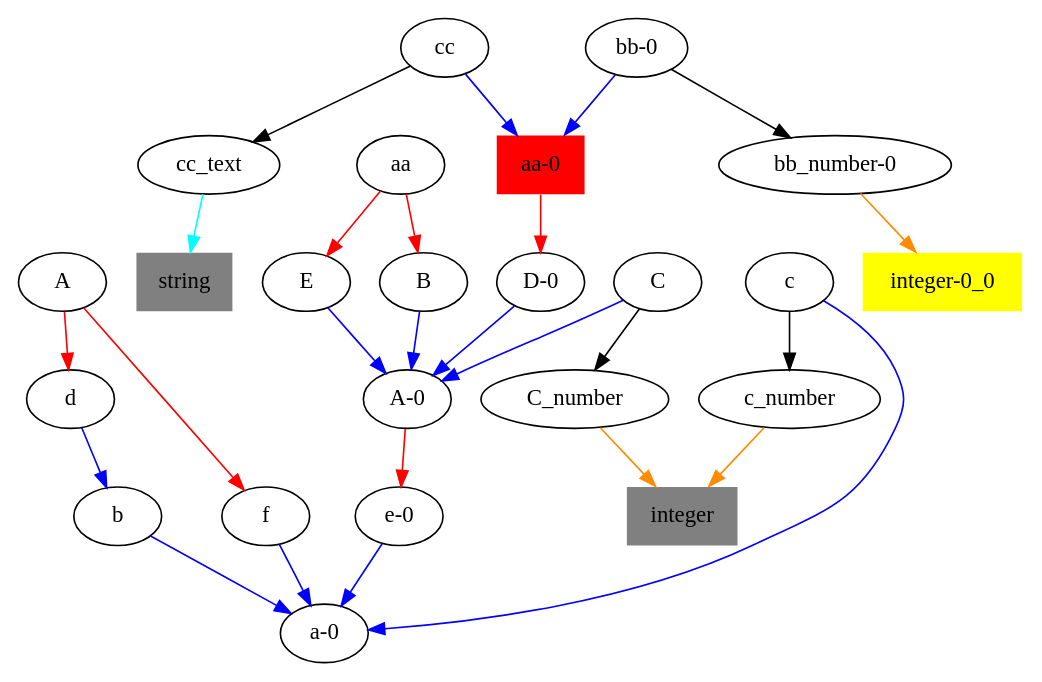
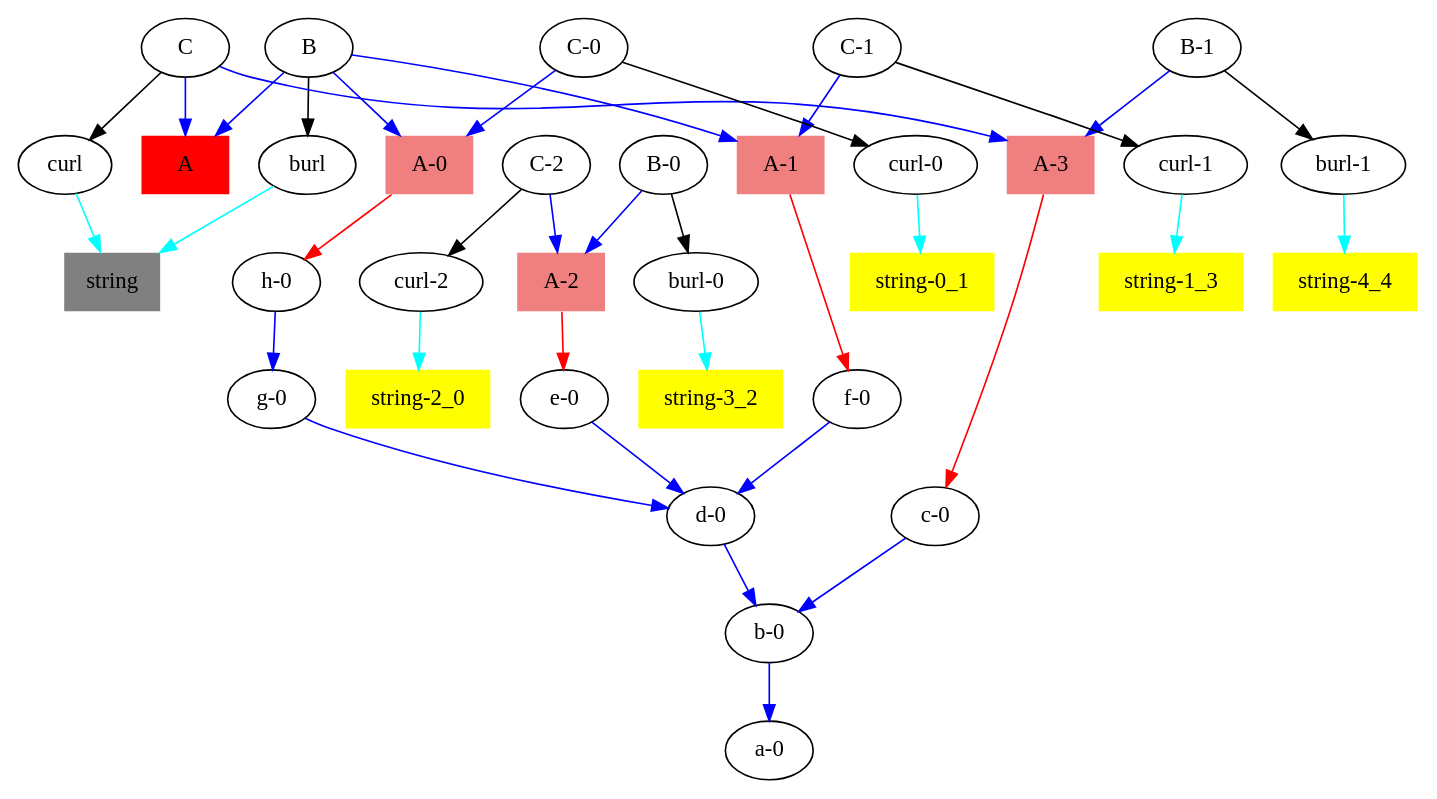
One commit to heinz-preisig/PeriConto changed the diagram in ontologyRepository/Digraph.gv. Above: the diagram before and after it, drawn with Graphviz. The commit also changed 22 other files, not shown here.

```diff
--- a/ontologyRepository/Digraph.gv
+++ b/ontologyRepository/Digraph.gv
@@ -1,77 +1,107 @@
 digraph {
-	A
-	d
-	A -> d [color=red]
-	cc
-	"aa-0" [fillcolor=red shape=none style=filled]
-	cc -> "aa-0" [color=blue]
-	integer [color=green fillcolor=gray shape=none style=filled]
-	integer
-	c_number -> integer [color=darkorange]
-	"bb-0"
-	"aa-0" [fillcolor=red shape=none style=filled]
-	"bb-0" -> "aa-0" [color=blue]
-	cc
-	cc_text
-	cc -> cc_text [color=black]
-	"integer-0_0" [color=green fillcolor=yellow shape=none style=filled]
-	"integer-0_0"
-	"bb_number-0" -> "integer-0_0" [color=darkorange]
-	C
-	C_number
-	C -> C_number [color=black]
-	"aa-0"
-	"D-0"
-	"aa-0" -> "D-0" [color=red]
+	B
+	burl
+	B -> burl [color=black]
+	"B-1"
+	"A-3"
+	"B-1" -> "A-3" [color=blue]
+	"f-0"
+	"d-0"
+	"f-0" -> "d-0" [color=blue]
+	"C-1"
+	"A-1"
+	"C-1" -> "A-1" [color=blue]
+	"c-0"
+	"b-0"
+	"c-0" -> "b-0" [color=blue]
+	"C-2"
+	"curl-2"
+	"C-2" -> "curl-2" [color=black]
+	"string-2_0" [color=green fillcolor=yellow shape=none style=filled]
+	"string-2_0"
+	"curl-2" -> "string-2_0" [color=cyan]
+	"B-0"
+	"burl-0"
+	"B-0" -> "burl-0" [color=black]
+	"C-1"
+	"curl-1"
+	"C-1" -> "curl-1" [color=black]
+	"B-1"
+	"burl-1"
+	"B-1" -> "burl-1" [color=black]
+	"A-0" [color=red fillcolor=lightcoral shape=none style=filled]
+	"h-0"
+	"A-0" -> "h-0" [color=red]
+	"string-0_1" [color=green fillcolor=yellow shape=none style=filled]
+	"string-0_1"
+	"curl-0" -> "string-0_1" [color=cyan]
+	"A-1" [color=red fillcolor=lightcoral shape=none style=filled]
+	"f-0"
+	"A-1" -> "f-0" [color=red]
+	"C-2"
+	"A-2"
+	"C-2" -> "A-2" [color=blue]
+	"b-0"
+	"a-0"
+	"b-0" -> "a-0" [color=blue]
+	"string-3_2" [color=green fillcolor=yellow shape=none style=filled]
+	"string-3_2"
+	"burl-0" -> "string-3_2" [color=cyan]
 	B
 	"A-0"
 	B -> "A-0" [color=blue]
-	d
-	b
-	d -> b [color=blue]
-	"D-0"
-	"A-0"
-	"D-0" -> "A-0" [color=blue]
-	b
-	"a-0"
-	b -> "a-0" [color=blue]
+	C
+	"A-3"
+	C -> "A-3" [color=blue]
+	"A-3" [color=red fillcolor=lightcoral shape=none style=filled]
+	"c-0"
+	"A-3" -> "c-0" [color=red]
+	"string-1_3" [color=green fillcolor=yellow shape=none style=filled]
+	"string-1_3"
+	"curl-1" -> "string-1_3" [color=cyan]
+	"h-0"
+	"g-0"
+	"h-0" -> "g-0" [color=blue]
+	C
+	A [fillcolor=red shape=none style=filled]
+	C -> A [color=blue]
+	"A-2" [color=red fillcolor=lightcoral shape=none style=filled]
 	"e-0"
-	"a-0"
-	"e-0" -> "a-0" [color=blue]
-	"bb-0"
-	"bb_number-0"
-	"bb-0" -> "bb_number-0" [color=black]
-	"A-0"
-	"e-0"
-	"A-0" -> "e-0" [color=red]
-	aa
-	E
-	aa -> E [color=red]
-	f
-	"a-0"
-	f -> "a-0" [color=blue]
-	A
-	f
-	A -> f [color=red]
+	"A-2" -> "e-0" [color=red]
+	"d-0"
+	"b-0"
+	"d-0" -> "b-0" [color=blue]
+	"B-0"
+	"A-2"
+	"B-0" -> "A-2" [color=blue]
+	"string-4_4" [color=green fillcolor=yellow shape=none style=filled]
+	"string-4_4"
+	"burl-1" -> "string-4_4" [color=cyan]
 	string [color=green fillcolor=gray shape=none style=filled]
 	string
-	cc_text -> string [color=cyan]
-	c
-	c_number
-	c -> c_number [color=black]
-	E
+	curl -> string [color=cyan]
+	string [color=green fillcolor=gray shape=none style=filled]
+	string
+	burl -> string [color=cyan]
+	"g-0"
+	"d-0"
+	"g-0" -> "d-0" [color=blue]
+	"C-0"
 	"A-0"
-	E -> "A-0" [color=blue]
-	c
-	"a-0"
-	c -> "a-0" [color=blue]
-	aa
+	"C-0" -> "A-0" [color=blue]
+	"C-0"
+	"curl-0"
+	"C-0" -> "curl-0" [color=black]
+	C
+	curl
+	C -> curl [color=black]
 	B
-	aa -> B [color=red]
-	integer [color=green fillcolor=gray shape=none style=filled]
-	integer
-	C_number -> integer [color=darkorange]
-	C
-	"A-0"
-	C -> "A-0" [color=blue]
+	A [fillcolor=red shape=none style=filled]
+	B -> A [color=blue]
+	"e-0"
+	"d-0"
+	"e-0" -> "d-0" [color=blue]
+	B
+	"A-1"
+	B -> "A-1" [color=blue]
 }
```
